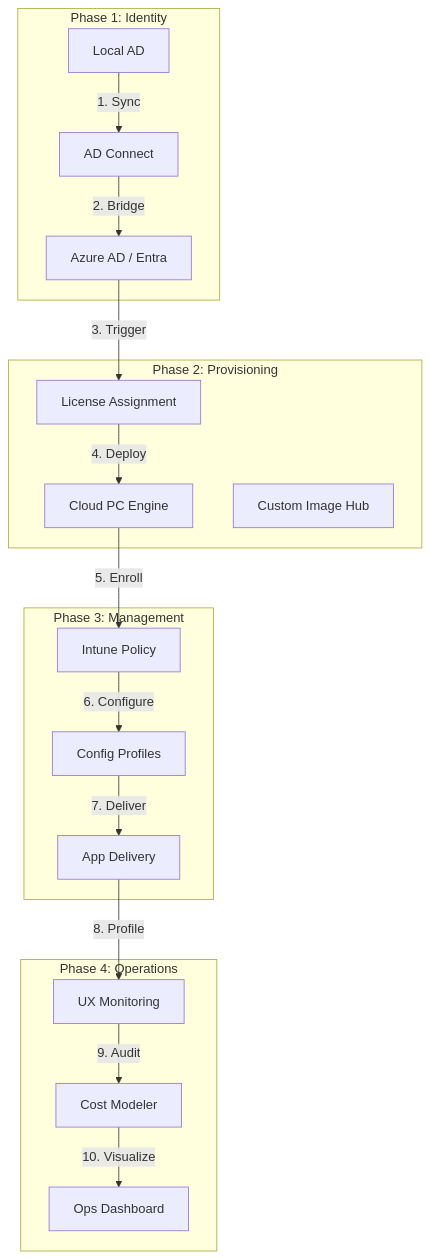
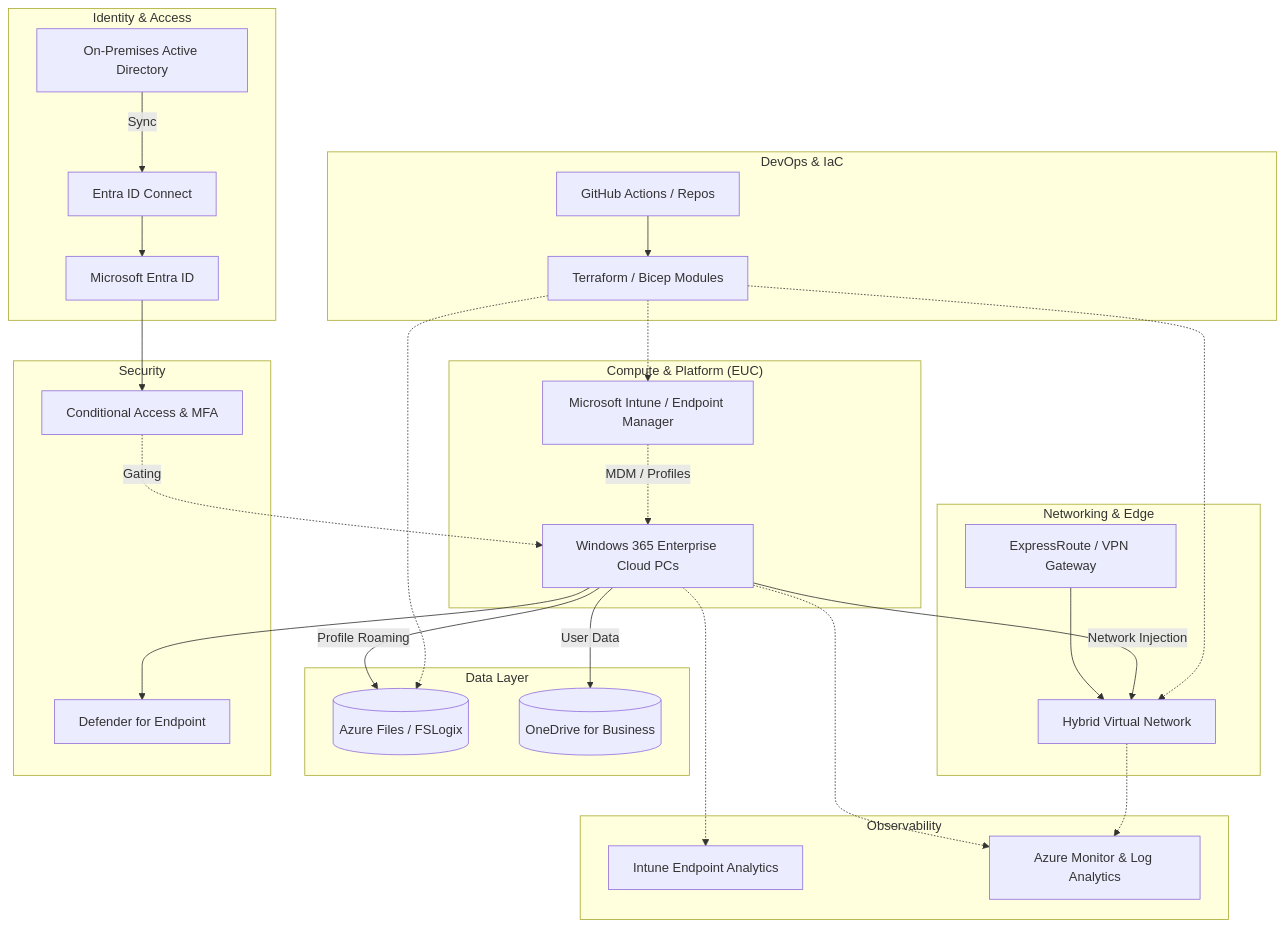
Before and after one commit to Devopstrio/windows-365-hybrid: the diagram in README.md, drawn with Mermaid. The commit also changed other lines of this file and 2 other files, not shown here.

Commit message:
docs: add high-level enterprise windows 365 hybrid architecture diagram

````diff
--- a/README.md
+++ b/README.md
@@ -45,37 +48,56 @@
 ```mermaid
 graph TD
-    subgraph "Phase 1: Identity"
-        AD[Local AD]
-        Sync[AD Connect]
-        AAD[Azure AD / Entra]
+    subgraph "DevOps & IaC"
+        GitHub[GitHub Actions / Repos]
+        Terraform[Terraform / Bicep Modules]
+        GitHub --> Terraform
     end
 
-    subgraph "Phase 2: Provisioning"
-        Assign[License Assignment]
-        CPC[Cloud PC Engine]
-        Image[Custom Image Hub]
+    subgraph "Identity & Access"
+        AD[On-Premises Active Directory]
+        ADConnect[Entra ID Connect]
+        Entra[Microsoft Entra ID]
+        AD -->|Sync| ADConnect
+        ADConnect --> Entra
     end
 
-    subgraph "Phase 3: Management"
-        Intune[Intune Policy]
-        Conf[Config Profiles]
-        Apps[App Delivery]
+    subgraph "Networking & Edge"
+        ExpressRoute[ExpressRoute / VPN Gateway]
+        HubVNet[Hybrid Virtual Network]
+        ExpressRoute --> HubVNet
     end
 
-    subgraph "Phase 4: Operations"
-        Mon[UX Monitoring]
-        Cost[Cost Modeler]
-        Dash[Ops Dashboard]
+    subgraph "Compute & Platform (EUC)"
+        Intune[Microsoft Intune / Endpoint Manager]
+        W365[Windows 365 Enterprise Cloud PCs]
+        W365 -->|Network Injection| HubVNet
+        Intune -.->|MDM / Profiles| W365
     end
 
-    AD -->|1. Sync| Sync
-    Sync -->|2. Bridge| AAD
-    AAD -->|3. Trigger| Assign
-    Assign -->|4. Deploy| CPC
-    CPC -->|5. Enroll| Intune
-    Intune -->|6. Configure| Conf
-    Conf -->|7. Deliver| Apps
-    Apps -->|8. Profile| Mon
-    Mon -->|9. Audit| Cost
-    Cost -->|10. Visualize| Dash
+    subgraph "Data Layer"
+        AzFiles[(Azure Files / FSLogix)]
+        OneDrive[(OneDrive for Business)]
+        W365 -->|Profile Roaming| AzFiles
+        W365 -->|User Data| OneDrive
+    end
+
+    subgraph "Security"
+        CondAccess[Conditional Access & MFA]
+        Defender[Defender for Endpoint]
+        Entra --> CondAccess
+        CondAccess -.->|Gating| W365
+        W365 --> Defender
+    end
+
+    subgraph "Observability"
+        EndpointAnalytics[Intune Endpoint Analytics]
+        Monitor[Azure Monitor & Log Analytics]
+        W365 -.-> EndpointAnalytics
+        W365 -.-> Monitor
+        HubVNet -.-> Monitor
+    end
+
+    Terraform -.-> HubVNet
+    Terraform -.-> AzFiles
+    Terraform -.-> Intune
 ```
````
